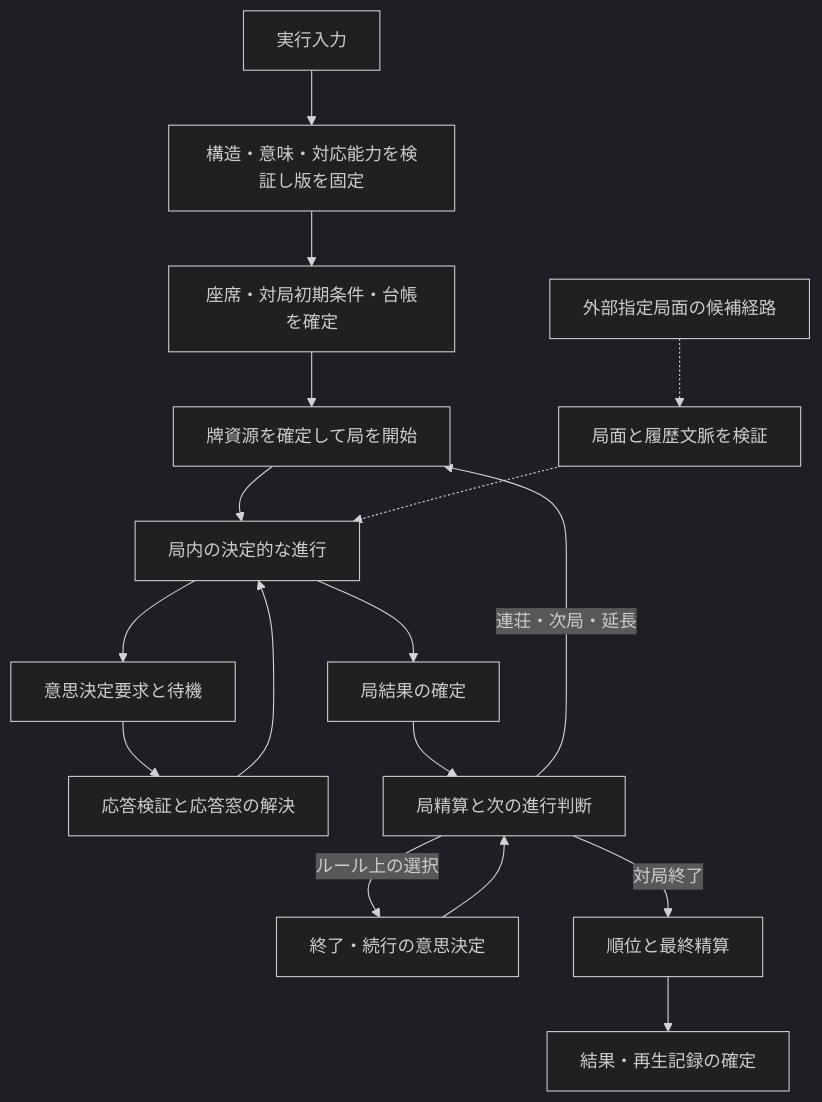
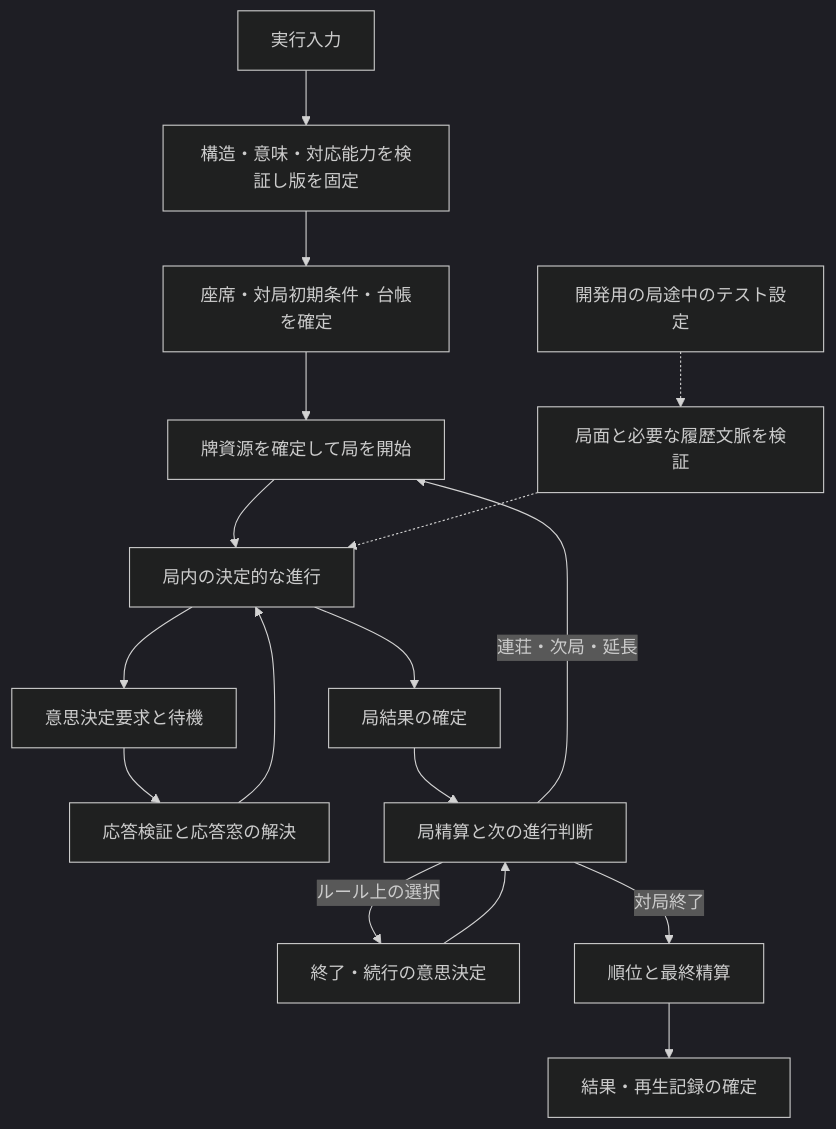
One commit to Apricot-S/lizhisim changed the diagram in docs/redesign/design.md. Above: the diagram before and after it, drawn with Mermaid (dark theme). The commit also changed other lines of this file and 1 other file, not shown here.

````diff
--- a/docs/redesign/design.md
+++ b/docs/redesign/design.md
@@ -81,19 +101,19 @@
 ```mermaid
 flowchart TD
     A[実行入力] --> B[構造・意味・対応能力を検証し版を固定]
     B --> C[座席・対局初期条件・台帳を確定]
     C --> D[牌資源を確定して局を開始]
     D --> E[局内の決定的な進行]
     E --> F[意思決定要求と待機]
     F --> G[応答検証と応答窓の解決]
     G --> E
     E --> H[局結果の確定]
     H --> I[局精算と次の進行判断]
     I -->|連荘・次局・延長| D
     I -->|ルール上の選択| J[終了・続行の意思決定]
     J --> I
     I -->|対局終了| K[順位と最終精算]
     K --> L[結果・再生記録の確定]
-    X[外部指定局面の候補経路] -.-> V[局面と履歴文脈を検証]
+    X[開発用の局途中のテスト設定] -.-> V[局面と必要な履歴文脈を検証]
     V -.-> E
 ```
````
